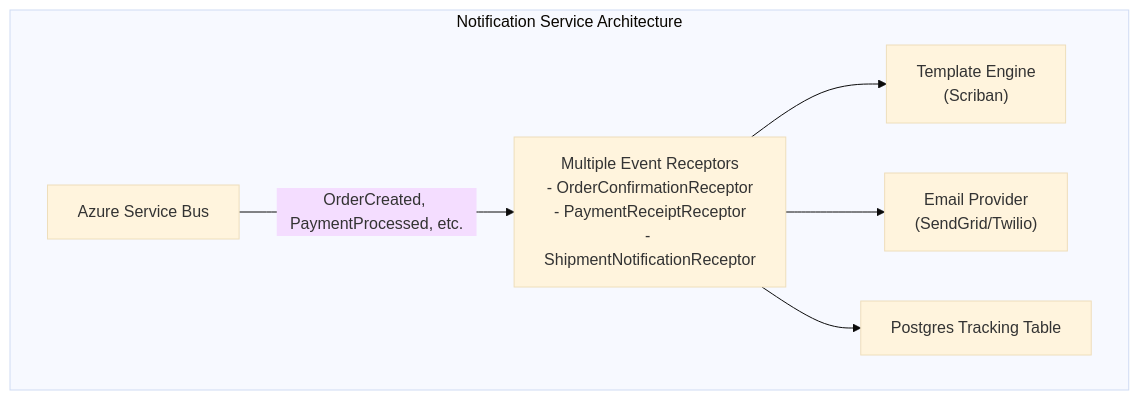
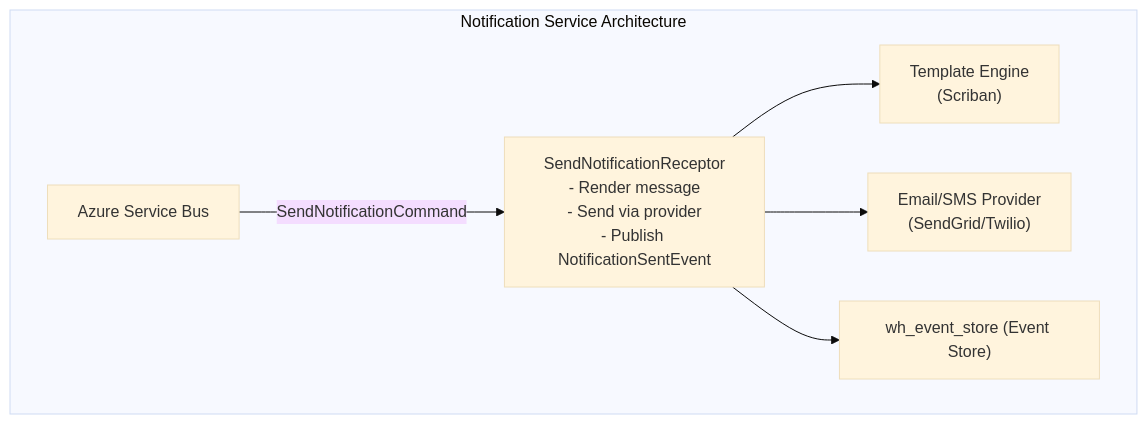
Before and after one commit to whizbang-lib/whizbang-lib.github.io: the diagram in src/assets/docs/v1.0.0/learn/tutorial/notification-service.md, drawn with Mermaid (base theme). The commit also changed other lines of this file and 48 other files, not shown here.

````diff
--- a/src/assets/docs/v1.0.0/learn/tutorial/notification-service.md
+++ b/src/assets/docs/v1.0.0/learn/tutorial/notification-service.md
@@ -32,20 +37,20 @@
 ```mermaid
 flowchart TD
     subgraph NSA["Notification Service Architecture"]
         ASB["Azure Service Bus"]
-        Receptors["Multiple Event Receptors<br/>- OrderConfirmationReceptor<br/>- PaymentReceiptReceptor<br/>- ShipmentNotificationReceptor"]
+        Receptor["SendNotificationReceptor<br/>- Render message<br/>- Send via provider<br/>- Publish NotificationSentEvent"]
         Template["Template Engine<br/>(Scriban)"]
-        Email["Email Provider<br/>(SendGrid/Twilio)"]
-        Tracking["Postgres Tracking Table"]
+        Email["Email/SMS Provider<br/>(SendGrid/Twilio)"]
+        EventStore["wh_event_store (Event Store)"]
 
-        ASB -->|"OrderCreated, PaymentProcessed, etc."| Receptors
-        Receptors --> Template
-        Receptors --> Email
-        Receptors --> Tracking
+        ASB -->|"SendNotificationCommand"| Receptor
+        Receptor --> Template
+        Receptor --> Email
+        Receptor --> EventStore
     end
 
     class ASB layer-command
-    class Receptors layer-core
+    class Receptor layer-core
     class Template,Email layer-infrastructure
-    class Tracking layer-event
+    class EventStore layer-event
 ```
````
